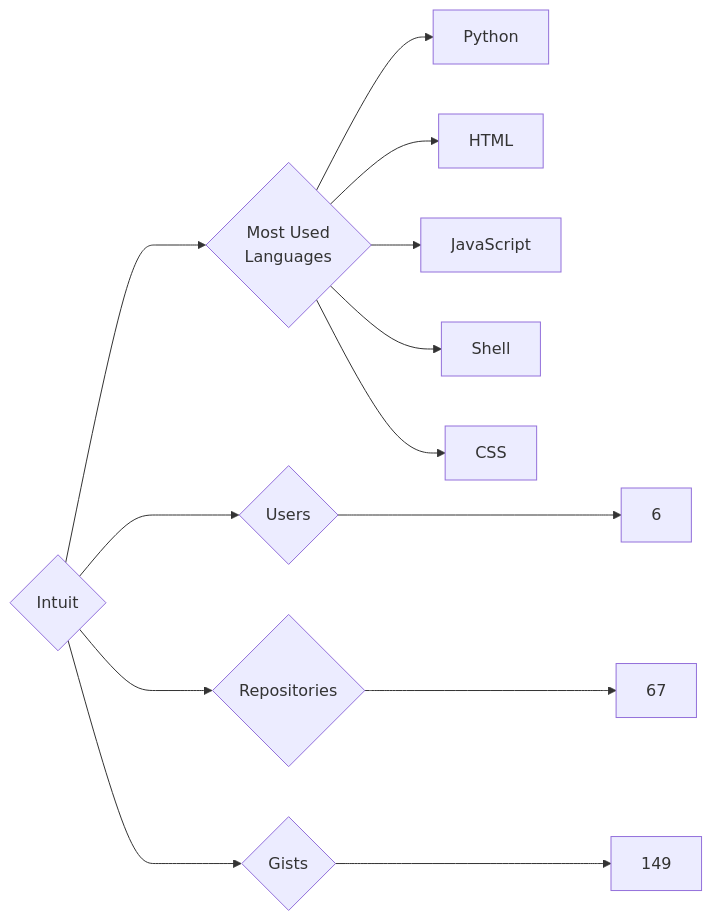
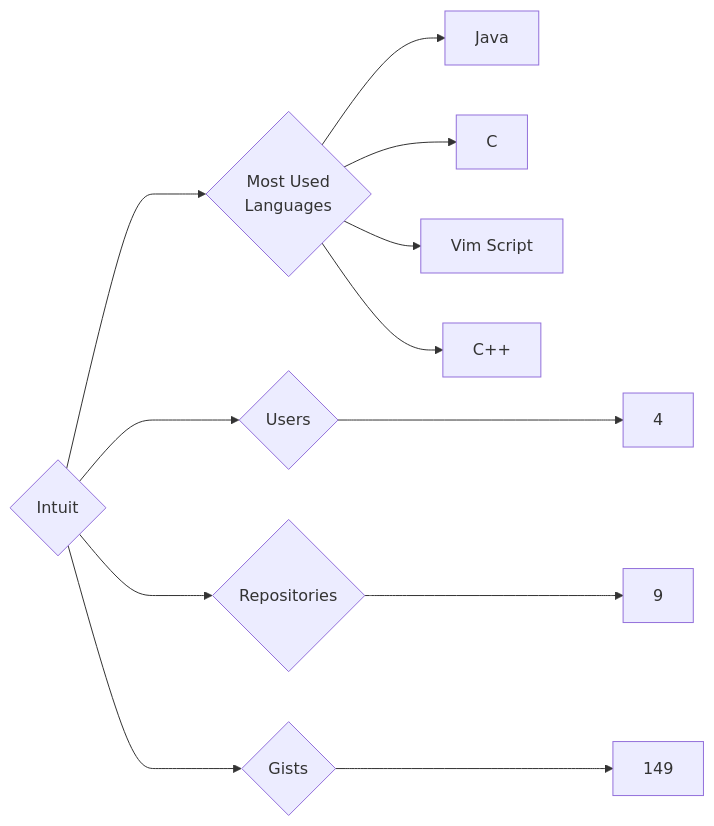
Before and after one commit to trickest/insiders: the diagram in targets/Intuit/README.md, drawn with Mermaid. The commit also changed 1084 other files, not shown here.

````diff
--- a/targets/Intuit/README.md
+++ b/targets/Intuit/README.md
@@ -3,13 +3,12 @@
 ```mermaid
 graph LR
 COMPANY_NAME{Intuit}
-COMPANY_NAME ---> U{Users} ---> UN[6]
-COMPANY_NAME ---> R{Repositories} ---> RN[67]
+COMPANY_NAME ---> U{Users} ---> UN[4]
+COMPANY_NAME ---> R{Repositories} ---> RN[9]
 COMPANY_NAME ---> G{Gists} ---> GN[149]
 COMPANY_NAME ---> ML{Most Used<br>Languages}
-ML --> Python[Python]
-ML --> HTML[HTML]
-ML --> JavaScript[JavaScript]
-ML --> Shell[Shell]
-ML --> CSS[CSS]
+ML --> Java[Java]
+ML --> C[C]
+ML --> Vim_Script[Vim Script]
+ML --> C++[C++]
 ```
````
